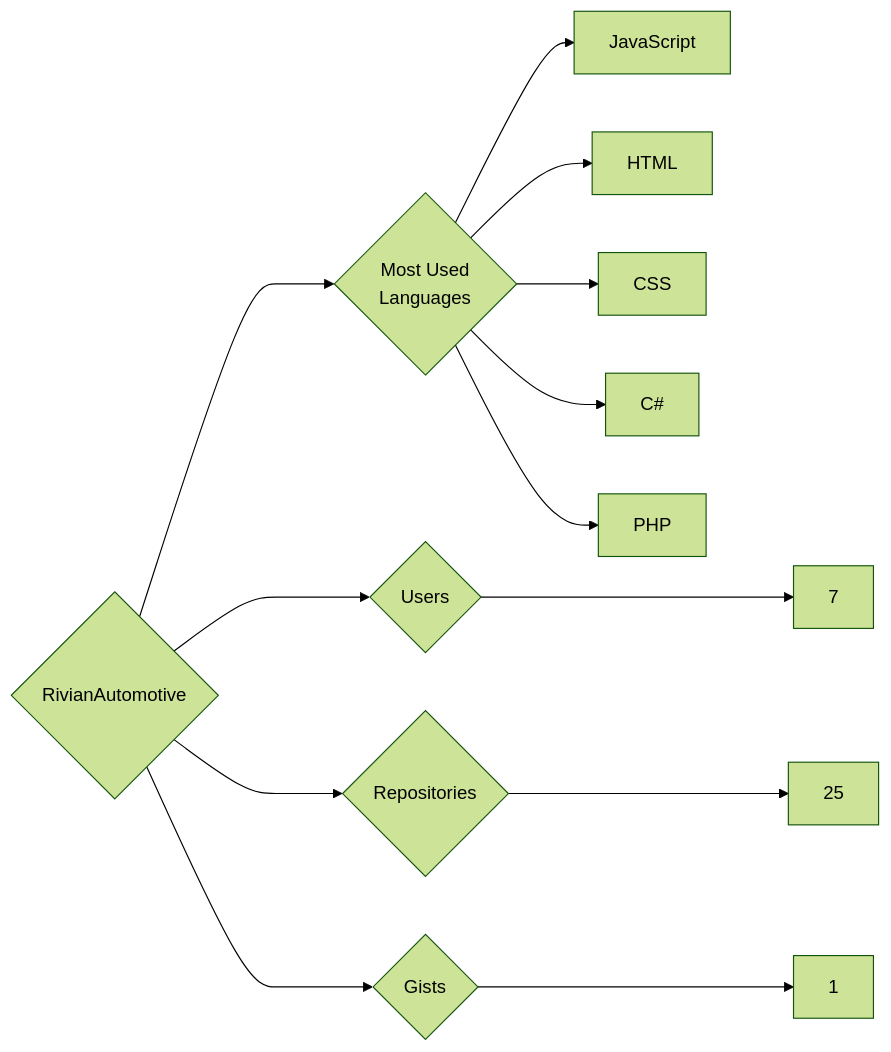
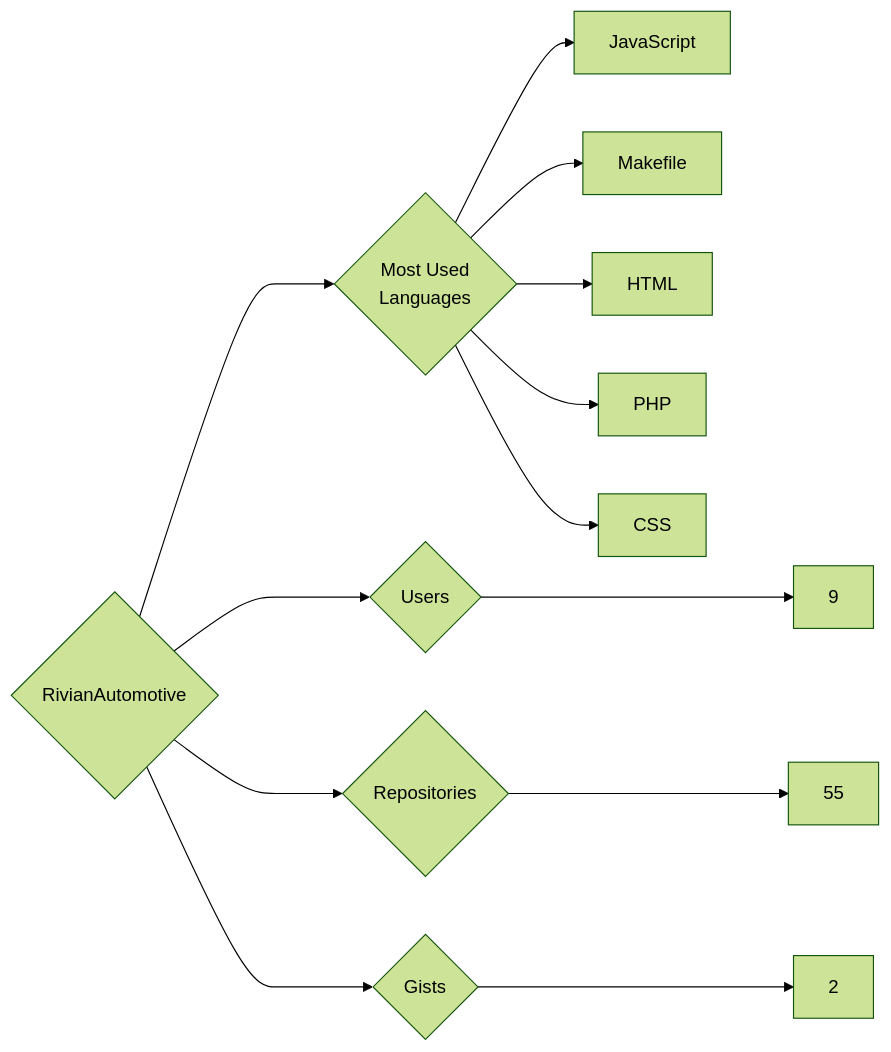
One commit to trickest/insiders changed the diagram in targets/RivianAutomotive/README.md. Above: the diagram before and after it, drawn with Mermaid (forest theme). The commit also changed 1479 other files, not shown here.

````diff
--- a/targets/RivianAutomotive/README.md
+++ b/targets/RivianAutomotive/README.md
@@ -3,13 +3,13 @@
 ```mermaid
 graph LR
 COMPANY_NAME{RivianAutomotive}
-COMPANY_NAME ---> U{Users} ---> UN[7]
-COMPANY_NAME ---> R{Repositories} ---> RN[25]
-COMPANY_NAME ---> G{Gists} ---> GN[1]
+COMPANY_NAME ---> U{Users} ---> UN[9]
+COMPANY_NAME ---> R{Repositories} ---> RN[55]
+COMPANY_NAME ---> G{Gists} ---> GN[2]
 COMPANY_NAME ---> ML{Most Used<br>Languages}
 ML --> JavaScript[JavaScript]
+ML --> Makefile[Makefile]
 ML --> HTML[HTML]
+ML --> PHP[PHP]
 ML --> CSS[CSS]
-ML --> C#[C#]
-ML --> PHP[PHP]
 ```
````
